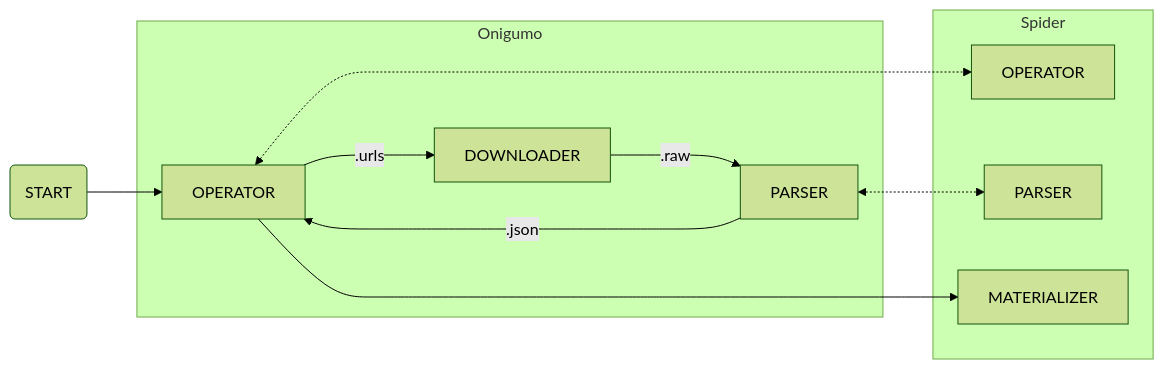
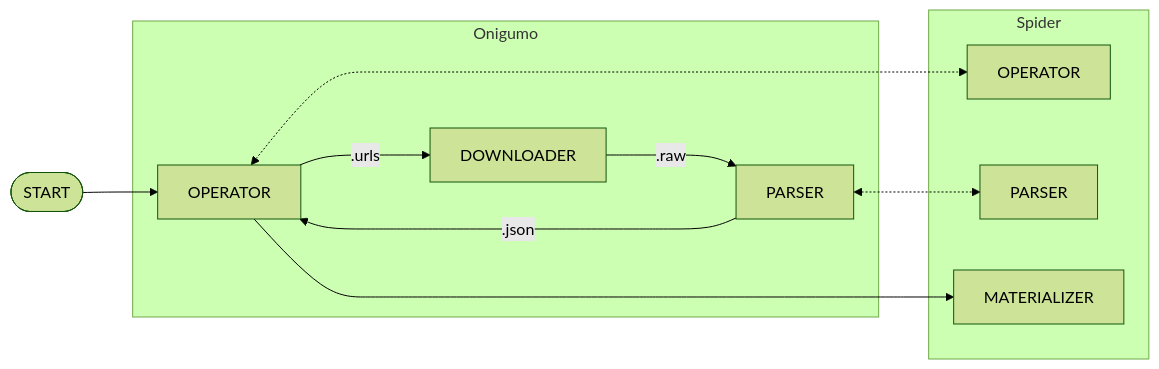
The diagram in README.md (Glutexo/onigumo), drawn with Mermaid (forest theme) before and after one commit.

Commit message:
Make the box even rounder
Use a fully ([round]) shape instead of (rectangular with rounded corners).

````diff
--- a/README.md
+++ b/README.md
@@ -17,24 +17,24 @@
 ```mermaid
 flowchart LR
-    start(START)               -->         onigumo_operator[OPERATOR]
+    start([START])               -->         onigumo_operator[OPERATOR]
     onigumo_operator   -- <hash>.urls ---> onigumo_downloader[DOWNLOADER]
     onigumo_downloader -- <hash>.raw  ---> onigumo_parser[PARSER]
     onigumo_parser     -- <hash>.json ---> onigumo_operator
 	
 	onigumo_operator          <-.->        spider_operator[OPERATOR]
 	onigumo_parser            <-.->        spider_parser[PARSER]
 
     onigumo_operator           -->         spider_materialization[MATERIALIZER]
 	
 	subgraph Onigumo
 	    onigumo_operator
 		onigumo_downloader
 		onigumo_parser
 	end
 
     subgraph Spider
        spider_operator
        spider_parser
        spider_materialization
     end
 ```
````
